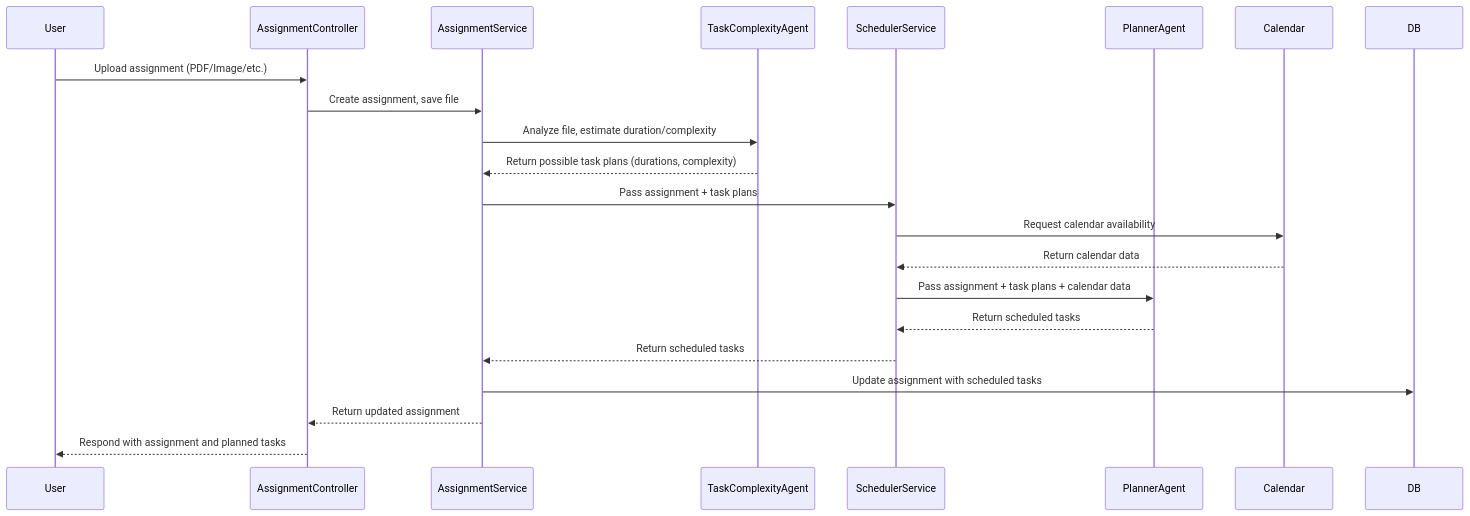
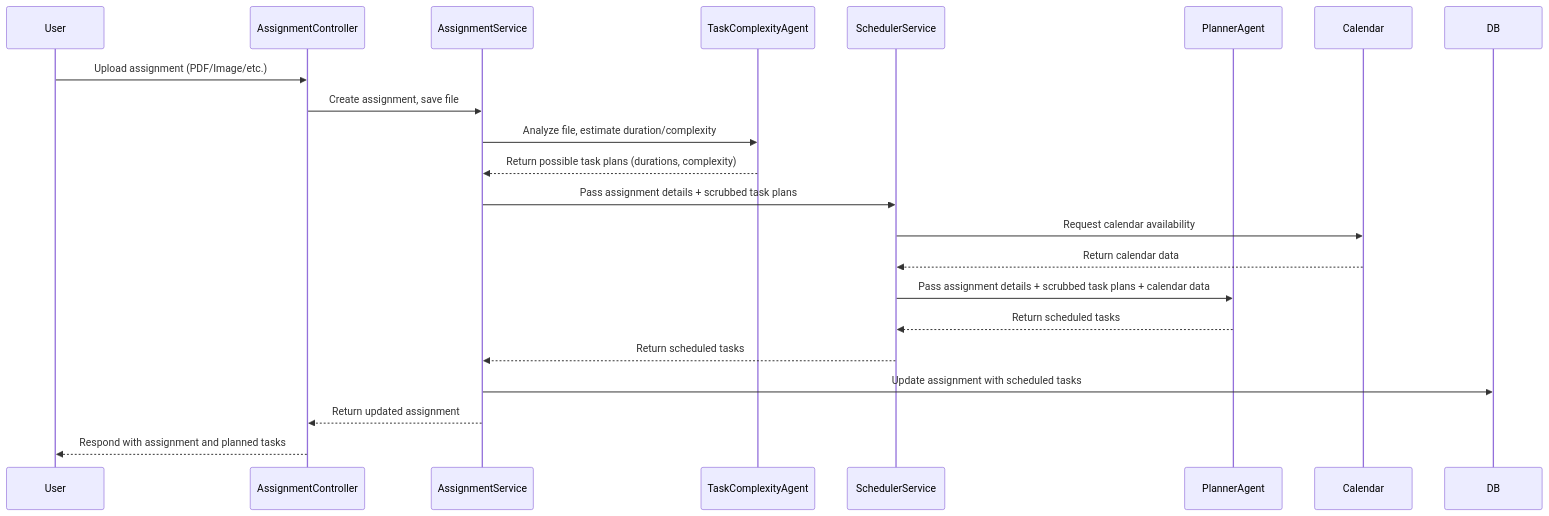
One commit to shourya-isr/StudyStream changed the fourth of 4 diagrams in Source/Instructions/sched-diag.md. Above: the diagram before and after it, drawn with Mermaid. The commit also changed other lines of this file and 14 other files, not shown here.

Commit message:
PlannerAgent works

````diff
--- a/Source/Instructions/sched-diag.md
+++ b/Source/Instructions/sched-diag.md
@@ -82,25 +82,25 @@
 ```mermaid
 sequenceDiagram
     participant User
     participant AssignmentController
     participant AssignmentService
     participant TaskComplexityAgent
     participant SchedulerService
     participant PlannerAgent
     participant Calendar
     participant DB
 
     User->>AssignmentController: Upload assignment (PDF/Image/etc.)
     AssignmentController->>AssignmentService: Create assignment, save file
     AssignmentService->>TaskComplexityAgent: Analyze file, estimate duration/complexity
     TaskComplexityAgent-->>AssignmentService: Return possible task plans (durations, complexity)
-    AssignmentService->>SchedulerService: Pass assignment + task plans
+    AssignmentService->>SchedulerService: Pass assignment details + scrubbed task plans
     SchedulerService->>Calendar: Request calendar availability
     Calendar-->>SchedulerService: Return calendar data
-    SchedulerService->>PlannerAgent: Pass assignment + task plans + calendar data
+    SchedulerService->>PlannerAgent: Pass assignment details + scrubbed task plans + calendar data
     PlannerAgent-->>SchedulerService: Return scheduled tasks
     SchedulerService-->>AssignmentService: Return scheduled tasks
     AssignmentService->>DB: Update assignment with scheduled tasks
     AssignmentService-->>AssignmentController: Return updated assignment
     AssignmentController-->>User: Respond with assignment and planned tasks
 ```
````
